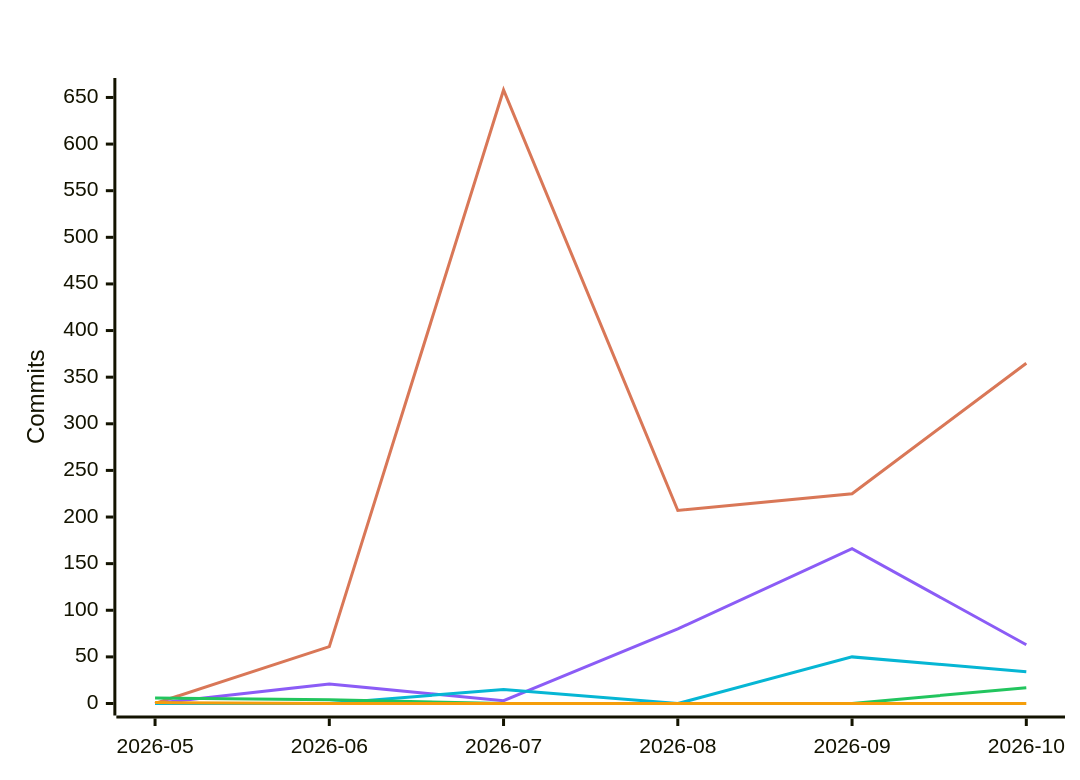
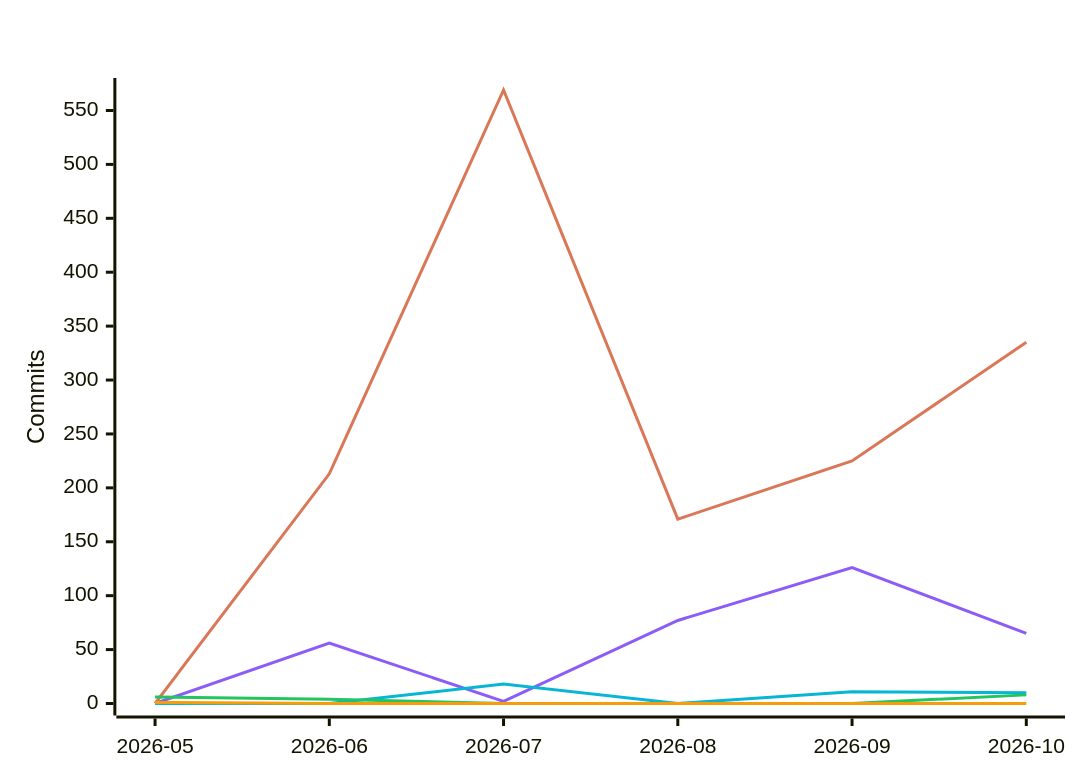
The fifth of 7 diagrams in README.md (polo-nyan/polo-nyan), drawn with Mermaid before and after one commit. The commit also changed other lines of this file and 1 other file, not shown here.

````diff
--- a/README.md
+++ b/README.md
@@ -313,12 +313,12 @@
 ```mermaid
 %%{init: {"xyChart": {"titleColor": "#ffffff", "xAxisLabelColor": "#ffffff", "yAxisLabelColor": "#ffffff"}, "themeVariables": {"xyChart": {"titleColor": "#ffffff", "plotColorPalette": "#d97757, #8b5cf6, #06b6d4, #22c55e, #f59e0b, #ec4899"}}}}%%
 xychart-beta
     title "Commits Per Month by Model Family"
     x-axis ["2026-05", "2026-06", "2026-07", "2026-08", "2026-09", "2026-10"]
     y-axis "Commits"
-    line [0, 61, 658, 207, 225, 365]
-    line [0, 21, 3, 80, 166, 63]
-    line [0, 0, 15, 0, 50, 34]
-    line [6, 4, 0, 0, 0, 17]
+    line [0, 213, 569, 171, 225, 335]
+    line [0, 56, 2, 77, 126, 65]
+    line [0, 0, 18, 0, 11, 10]
+    line [6, 4, 0, 0, 0, 8]
     line [1, 0, 0, 0, 0, 0]
 ```
````
